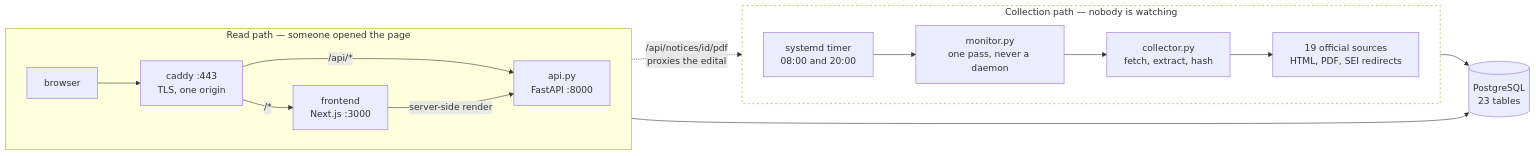
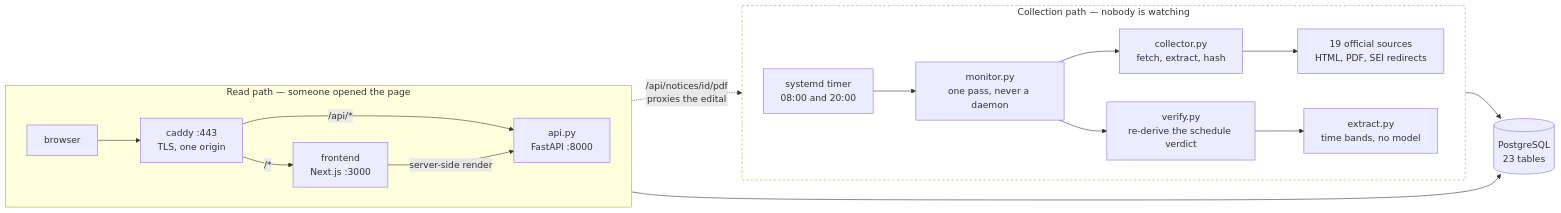
Before and after one commit to v1cferr/grad-radar: the first of 3 diagrams in README.md, drawn with Mermaid. The commit also changed other lines of this file and 17 other files, not shown here.

````diff
--- a/README.md
+++ b/README.md
@@ -98,23 +99,25 @@
 ```mermaid
 flowchart LR
     subgraph read["Read path — someone opened the page"]
         direction LR
         B["browser"] --> C["caddy :443<br/>TLS, one origin"]
         C -->|"/*"| N["frontend<br/>Next.js :3000"]
         C -->|"/api/*"| A["api.py<br/>FastAPI :8000"]
         N -->|"server-side render"| A
     end
 
     subgraph collect["Collection path — nobody is watching"]
         direction LR
         T["systemd timer<br/>08:00 and 20:00"] --> M["monitor.py<br/>one pass, never a daemon"]
         M --> CO["collector.py<br/>fetch, extract, hash"]
         CO --> EXT["19 official sources<br/>HTML, PDF, SEI redirects"]
+        M --> V["verify.py<br/>re-derive the schedule verdict"]
+        V --> X["extract.py<br/>time bands, no model"]
     end
 
     A --> DB[("PostgreSQL<br/>23 tables")]
     M --> DB
     A -.->|"/api/notices/id/pdf<br/>proxies the edital"| EXT
 
     style collect fill:transparent,stroke-dasharray: 4 4
 ```
````
